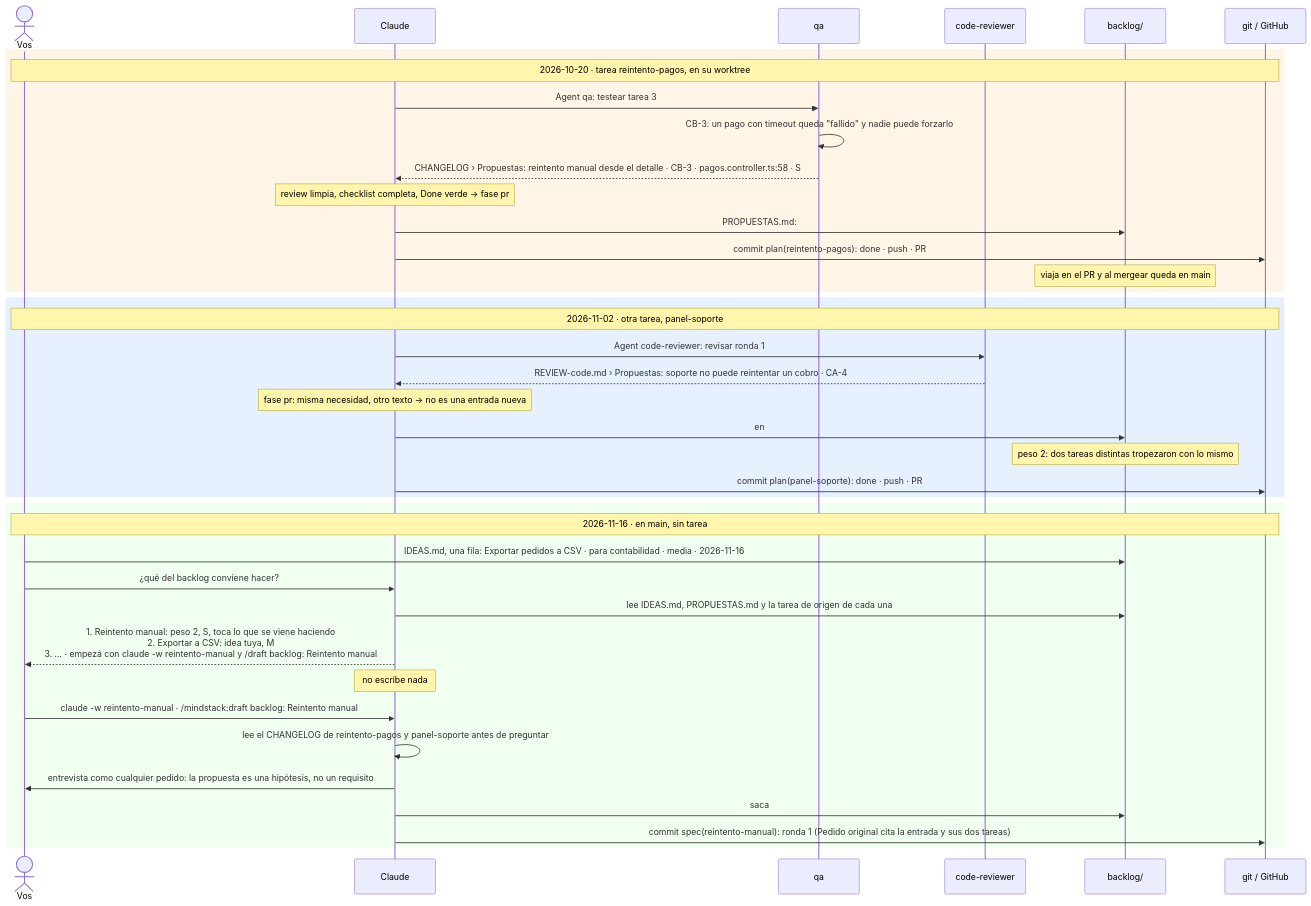
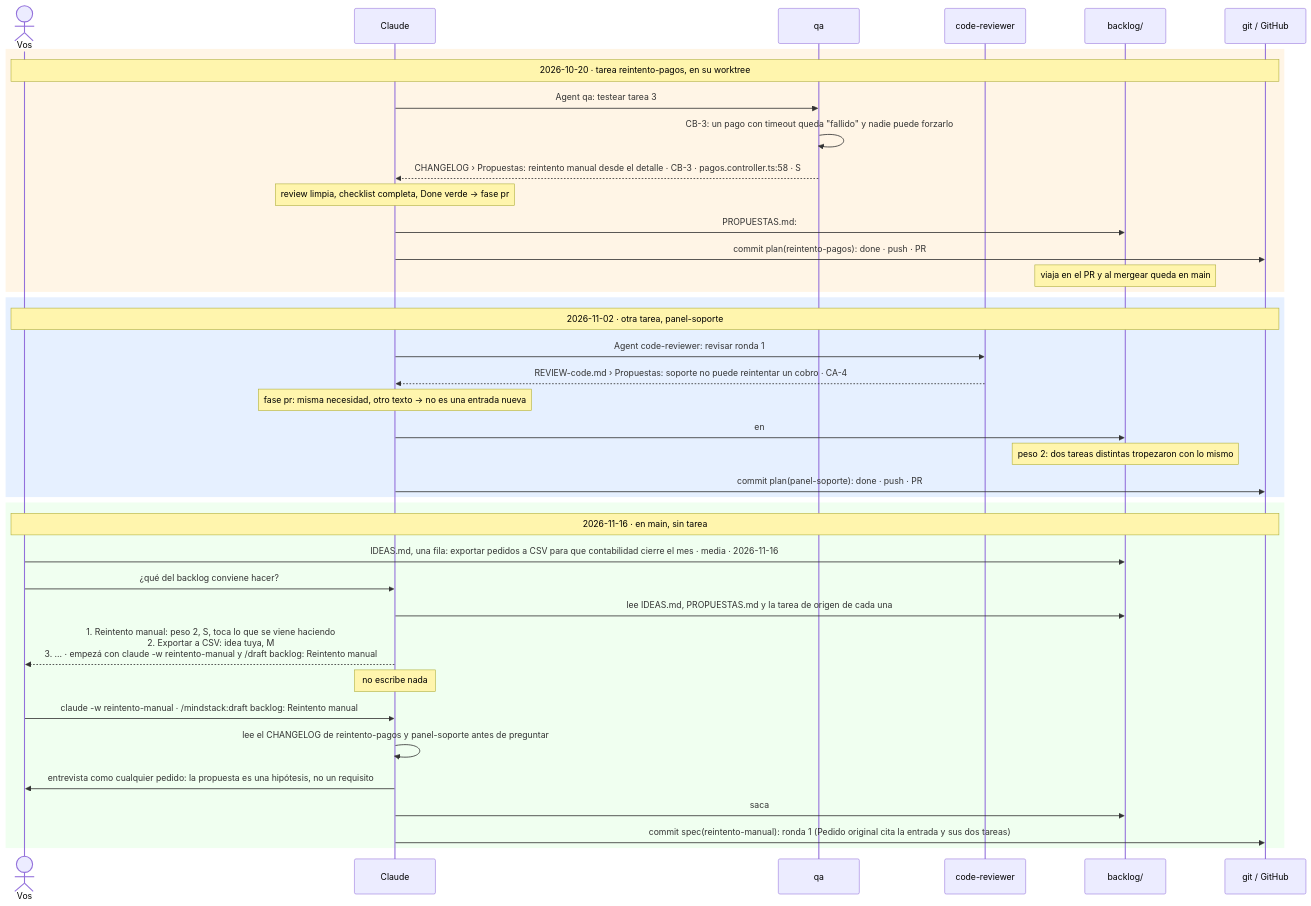
One commit to octavio-parozlabs/mindstack changed the diagram in use-cases/07-backlog.md. Above: the diagram before and after it, drawn with Mermaid. The commit also changed 5 other files, not shown here.

````diff
--- a/use-cases/07-backlog.md
+++ b/use-cases/07-backlog.md
@@ -5,44 +5,44 @@
 ```mermaid
 sequenceDiagram
     actor U as Vos
     participant C as Claude
     participant Q as qa
     participant R as code-reviewer
     participant B as backlog/
     participant G as git / GitHub
 
     rect rgb(255, 245, 230)
     Note over U,G: 2026-10-20 · tarea reintento-pagos, en su worktree
     C->>Q: Agent qa: testear tarea 3
     Q->>Q: CB-3: un pago con timeout queda "fallido" y nadie puede forzarlo
     Q-->>C: CHANGELOG › Propuestas: reintento manual desde el detalle · CB-3 · pagos.controller.ts:58 · S
     Note over C: review limpia, checklist completa, Done verde → fase pr
     C->>B: PROPUESTAS.md: ## Reintento manual (2026-10-20 · qa · reintento-pagos, CB-3)
     C->>G: commit plan(reintento-pagos): done · push · PR
     Note over B: viaja en el PR y al mergear queda en main
     end
 
     rect rgb(230, 240, 255)
     Note over U,G: 2026-11-02 · otra tarea, panel-soporte
     C->>R: Agent code-reviewer: revisar ronda 1
     R-->>C: REVIEW-code.md › Propuestas: soporte no puede reintentar un cobro · CA-4
     Note over C: fase pr: misma necesidad, otro texto → no es una entrada nueva
     C->>B: en ## Reintento manual: Visto también 2026-11-02 · code-reviewer · panel-soporte, CA-4
     Note over B: peso 2: dos tareas distintas tropezaron con lo mismo
     C->>G: commit plan(panel-soporte): done · push · PR
     end
 
     rect rgb(240, 255, 240)
     Note over U,G: 2026-11-16 · en main, sin tarea
-    U->>B: IDEAS.md, una fila: Exportar pedidos a CSV · para contabilidad · media · 2026-11-16
+    U->>B: IDEAS.md, una fila: exportar pedidos a CSV para que contabilidad cierre el mes · media · 2026-11-16
     U->>C: ¿qué del backlog conviene hacer?
     C->>B: lee IDEAS.md, PROPUESTAS.md y la tarea de origen de cada una
     C-->>U: 1. Reintento manual: peso 2, S, toca lo que se viene haciendo<br/>2. Exportar a CSV: idea tuya, M<br/>3. ... · empezá con claude -w reintento-manual y /draft backlog: Reintento manual
     Note over C: no escribe nada
     U->>C: claude -w reintento-manual · /mindstack:draft backlog: Reintento manual
     C->>C: lee el CHANGELOG de reintento-pagos y panel-soporte antes de preguntar
     C->>U: entrevista como cualquier pedido: la propuesta es una hipótesis, no un requisito
     C->>B: saca ## Reintento manual de PROPUESTAS.md
     C->>G: commit spec(reintento-manual): ronda 1 (Pedido original cita la entrada y sus dos tareas)
     end
 ```
````
